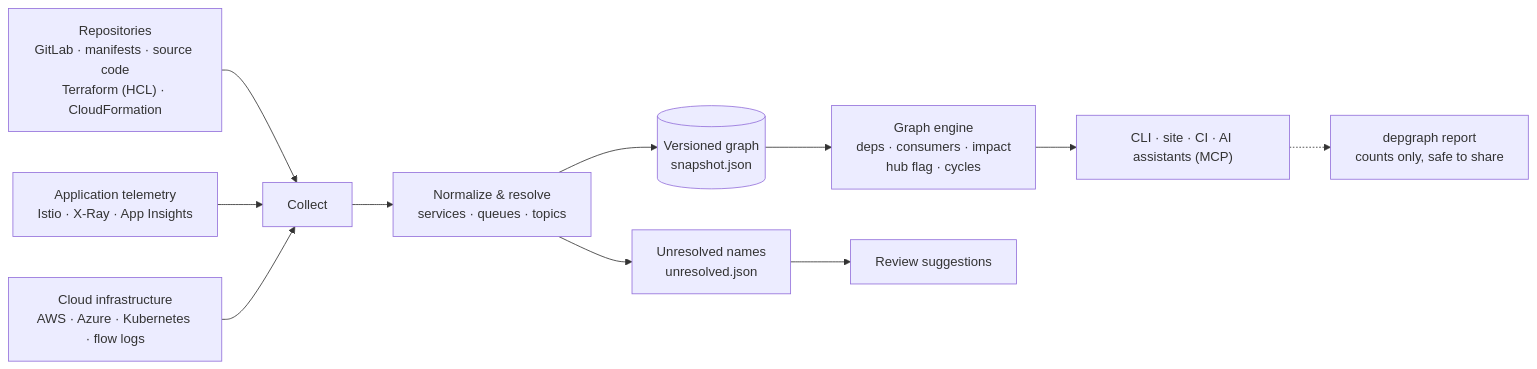
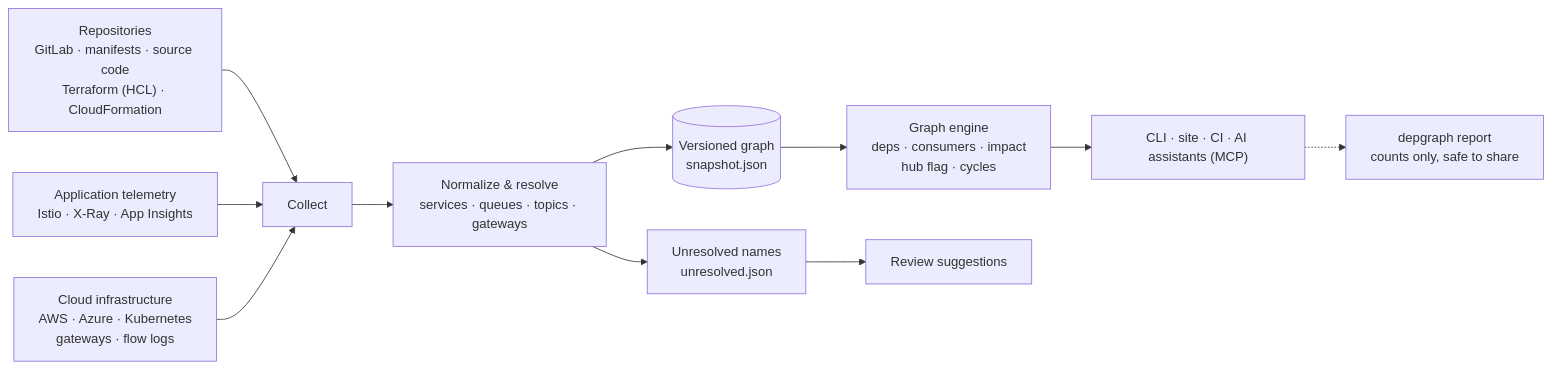
One commit to DennisvDijk/dependency-graph changed the diagram in README.md. Above: the diagram before and after it, drawn with Mermaid. The commit also changed other lines of this file and 2 other files, not shown here.

Commit message:
Refresh README, tutorials index and landscape fixture notes for gateways and operations (#28)

````diff
--- a/README.md
+++ b/README.md
@@ -34,13 +34,13 @@
 ```mermaid
 flowchart LR
     A["Repositories<br/>GitLab · manifests · source code<br/>Terraform (HCL) · CloudFormation"] --> D["Collect"]
     B["Application telemetry<br/>Istio · X-Ray · App Insights"] --> D
-    C["Cloud infrastructure<br/>AWS · Azure · Kubernetes · flow logs"] --> D
-    D --> E["Normalize & resolve<br/>services · queues · topics"]
+    C["Cloud infrastructure<br/>AWS · Azure · Kubernetes<br/>gateways · flow logs"] --> D
+    D --> E["Normalize & resolve<br/>services · queues · topics · gateways"]
     E --> F[("Versioned graph<br/>snapshot.json")]
     E --> G["Unresolved names<br/>unresolved.json"]
     F --> J["Graph engine<br/>deps · consumers · impact<br/>hub flag · cycles"]
     J --> H["CLI · site · CI · AI assistants (MCP)"]
     G --> I["Review suggestions"]
     H -.-> K["depgraph report<br/>counts only, safe to share"]
 ```
````
